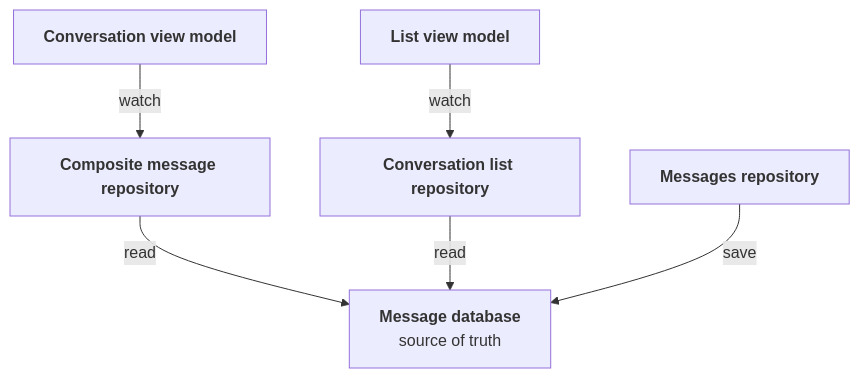
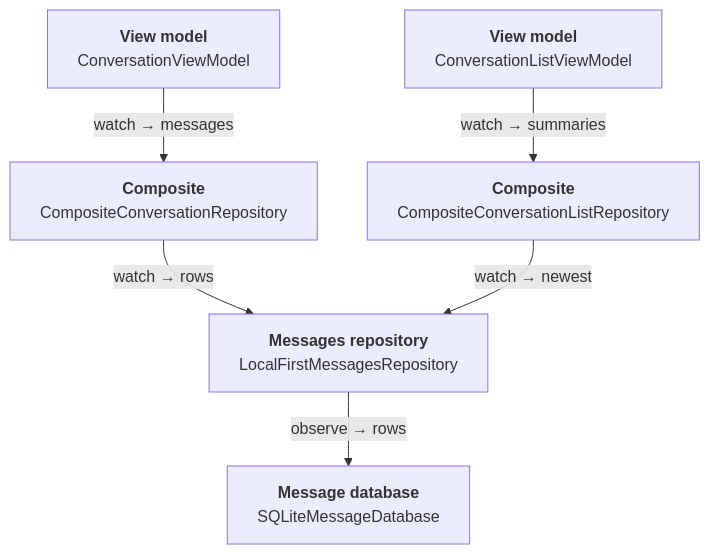
The fifth of 5 diagrams in topics/system-design/03-chat-client.md (rezabina86/reference-desk), drawn with Mermaid before and after one commit. The commit also changed other lines of this file and 19 other files, not shown here.

````diff
--- a/topics/system-design/03-chat-client.md
+++ b/topics/system-design/03-chat-client.md
@@ -479,11 +642,16 @@
 ```mermaid
 flowchart TB
-  CVM["`**Conversation view model**`"] -- "watch" --> Comp["`**Composite message repository**`"]
-  LVM["`**List view model**`"] -- "watch" --> List["`**Conversation list repository**`"]
-  Comp -- "read" --> DB["`**Message database**
-source of truth`"]
-  List -- "read" --> DB
-  Msgs["`**Messages repository**`"] -- "save" --> DB
+  CVM["`**View model**
+ConversationViewModel`"] -- "watch → messages" --> Comp["`**Composite**
+CompositeConversationRepository`"]
+  LVM["`**View model**
+ConversationListViewModel`"] -- "watch → summaries" --> List["`**Composite**
+CompositeConversationListRepository`"]
+  Comp -- "watch → rows" --> Msgs["`**Messages repository**
+LocalFirstMessagesRepository`"]
+  List -- "watch → newest" --> Msgs
+  Msgs -- "observe → rows" --> DB["`**Message database**
+SQLiteMessageDatabase`"]
   class CVM,LVM pres
   class Comp,List,Msgs,DB data
 ```
````
